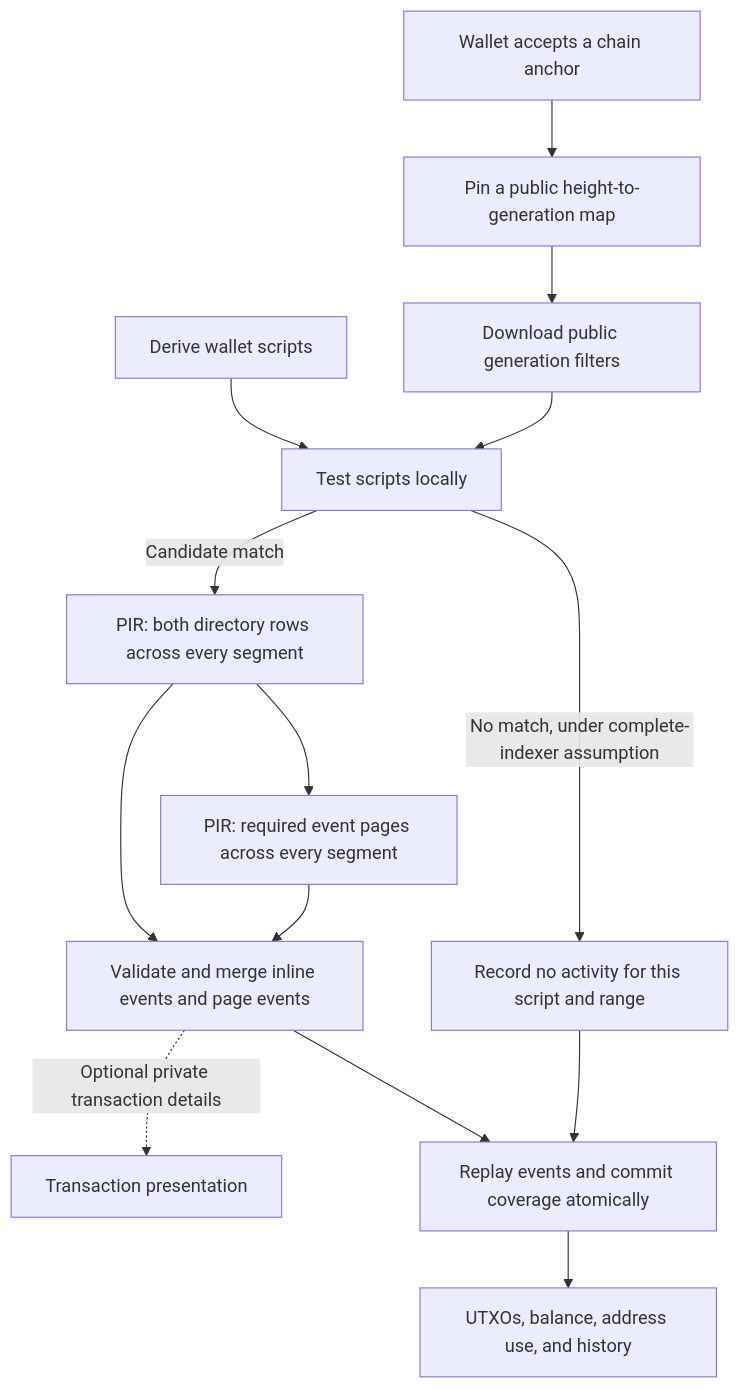
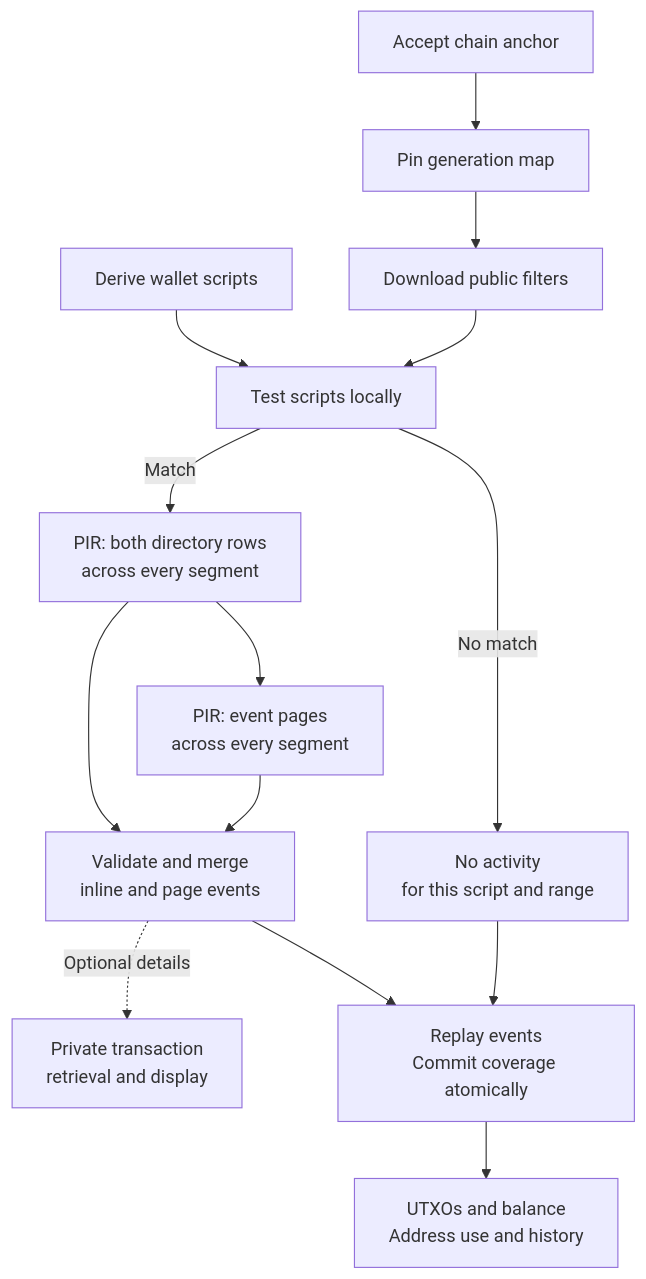
Before and after one commit to valargroup/wallet-pir: the first of 3 diagrams in docs/transparent_pir_architecture.md, drawn with Mermaid. The commit also changed other lines of this file, not shown here.

Commit message:
improve diagrams

````diff
--- a/docs/transparent_pir_architecture.md
+++ b/docs/transparent_pir_architecture.md
@@ -24,16 +24,16 @@
 ```mermaid
 flowchart TD
-    A[Wallet accepts a chain anchor] --> M[Pin a public height-to-generation map]
-    M --> F[Download public generation filters]
-    W[Derive wallet scripts] --> L[Test scripts locally]
+    A["Accept chain anchor"] --> M["Pin generation map"]
+    M --> F["Download public filters"]
+    W["Derive wallet scripts"] --> L["Test scripts locally"]
     F --> L
-    L -->|Candidate match| D[PIR: both directory rows across every segment]
-    D --> P[PIR: required event pages across every segment]
-    D --> E[Validate and merge inline events and page events]
+    L -->|Match| D["PIR: both directory rows<br/>across every segment"]
+    D --> P["PIR: event pages<br/>across every segment"]
+    D --> E["Validate and merge<br/>inline and page events"]
     P --> E
-    E -. Optional private transaction details .-> T[Transaction presentation]
-    E --> R[Replay events and commit coverage atomically]
-    R --> U[UTXOs, balance, address use, and history]
-    L -->|No match, under complete-indexer assumption| C[Record no activity for this script and range]
+    E -. Optional details .-> T["Private transaction<br/>retrieval and display"]
+    E --> R["Replay events<br/>Commit coverage atomically"]
+    R --> U["UTXOs and balance<br/>Address use and history"]
+    L -->|No match| C["No activity<br/>for this script and range"]
     C --> R
 ```
````
